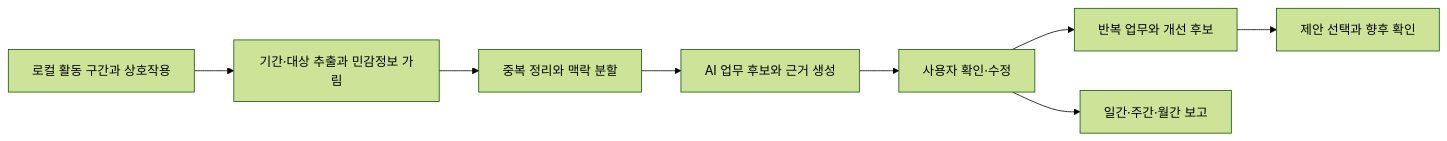
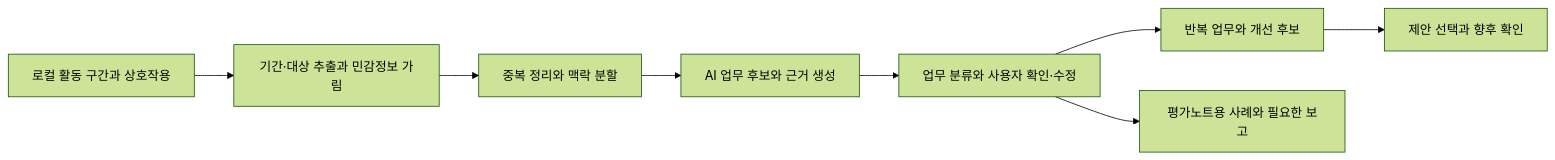
One commit to Wookshin/AX-hackaton changed the diagram in AX-hackathon-implementation-notes.md. Above: the diagram before and after it, drawn with Mermaid (forest theme). The commit also changed other lines of this file and 9 other files, not shown here.

````diff
--- a/AX-hackathon-implementation-notes.md
+++ b/AX-hackathon-implementation-notes.md
@@ -50,10 +50,10 @@
 ```mermaid
 flowchart LR
   A[로컬 활동 구간과 상호작용] --> B[기간·대상 추출과 민감정보 가림]
   B --> C[중복 정리와 맥락 분할]
   C --> D[AI 업무 후보와 근거 생성]
-  D --> E[사용자 확인·수정]
+  D --> E[업무 분류와 사용자 확인·수정]
   E --> F[반복 업무와 개선 후보]
-  E --> G[일간·주간·월간 보고]
+  E --> G[평가노트용 사례와 필요한 보고]
   F --> H[제안 선택과 향후 확인]
 ```
````
